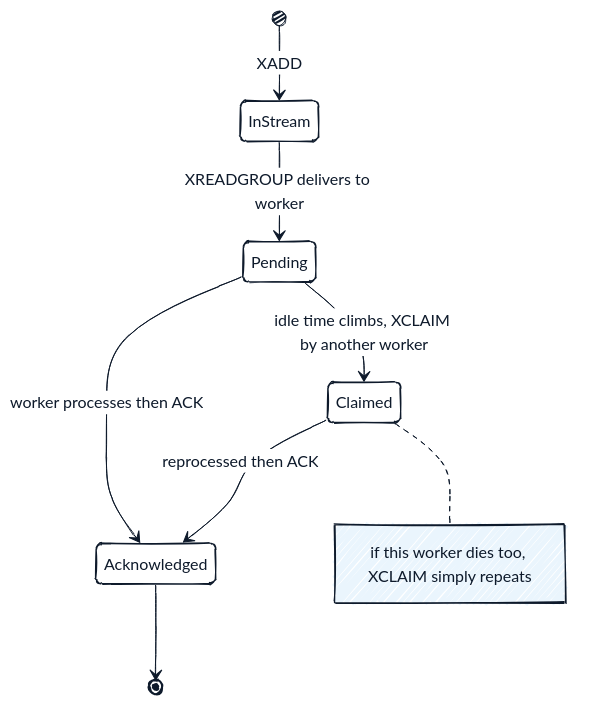
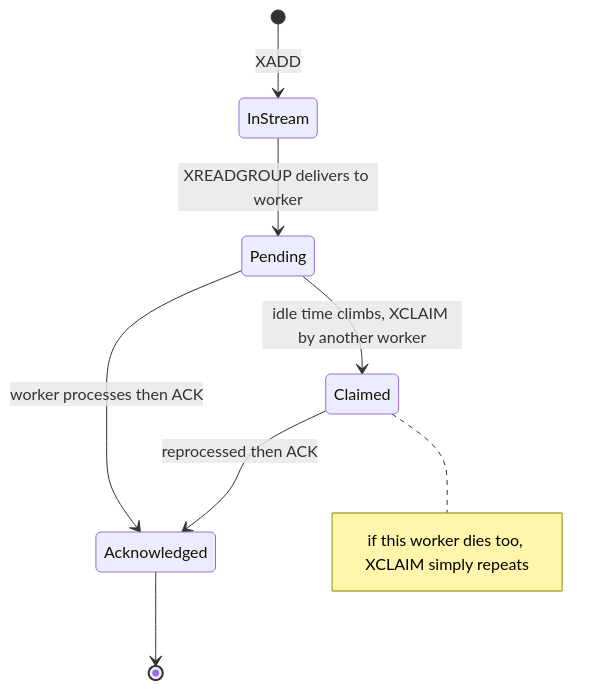
One commit to cartmancodes/InterviewVault changed the second of 2 diagrams in LLD/SystemDesign/DeepDives/Redis.md. Above: the diagram before and after it, drawn with Mermaid. The commit also changed other lines of this file and 679 other files, not shown here.

Commit message:
Unify content diagrams and add accessible visual walkthroughs

````diff
--- a/LLD/SystemDesign/DeepDives/Redis.md
+++ b/LLD/SystemDesign/DeepDives/Redis.md
@@ -211,26 +192,10 @@
 ```mermaid
----
-config:
-  look: handDrawn
-  handDrawnSeed: 7
-  theme: base
-  themeVariables:
-    primaryColor: "#FFFFFF"
-    primaryBorderColor: "#0E1A2B"
-    primaryTextColor: "#0E1A2B"
-    lineColor: "#0E1A2B"
-    labelTextColor: "#0E1A2B"
-    labelBackgroundColor: "#FFFFFF"
-    noteBkgColor: "#EAF5FD"
-    noteBorderColor: "#0E1A2B"
-    noteTextColor: "#0E1A2B"
----
 stateDiagram-v2
     [*] --> InStream: XADD
     InStream --> Pending: XREADGROUP delivers to worker
     Pending --> Acknowledged: worker processes then ACK
     Pending --> Claimed: idle time climbs, XCLAIM by another worker
     Claimed --> Acknowledged: reprocessed then ACK
     note right of Claimed: if this worker dies too, XCLAIM simply repeats
     Acknowledged --> [*]
 ```
````
